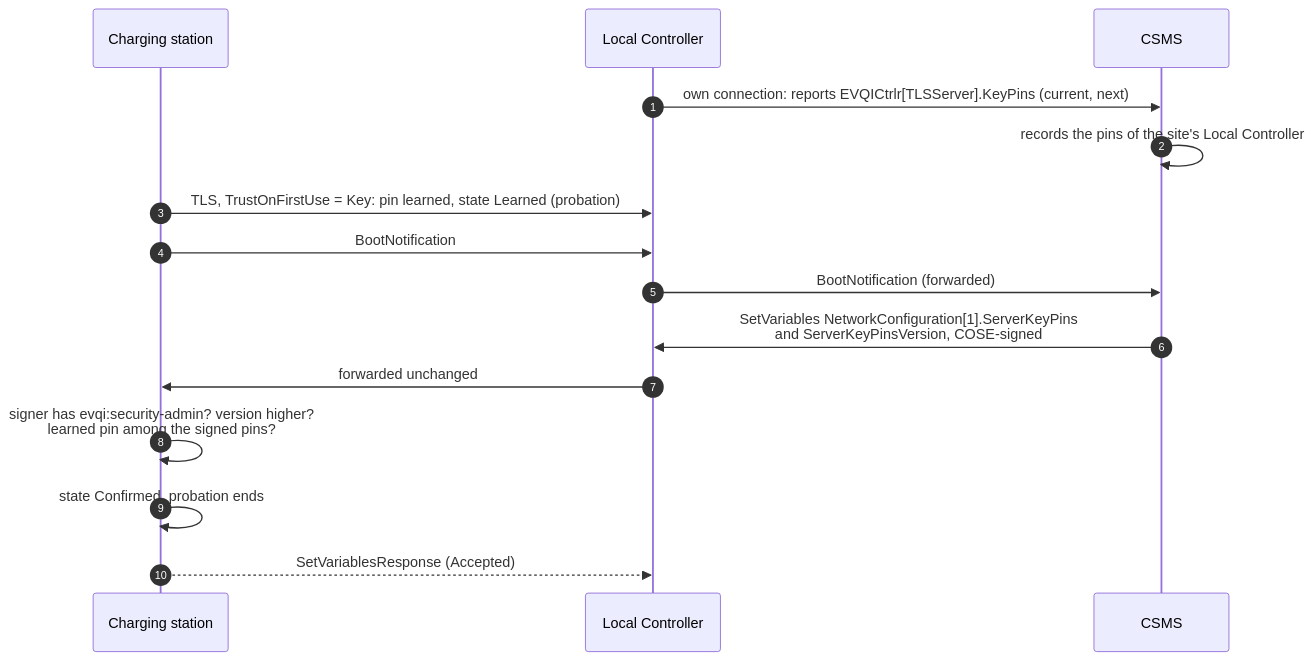
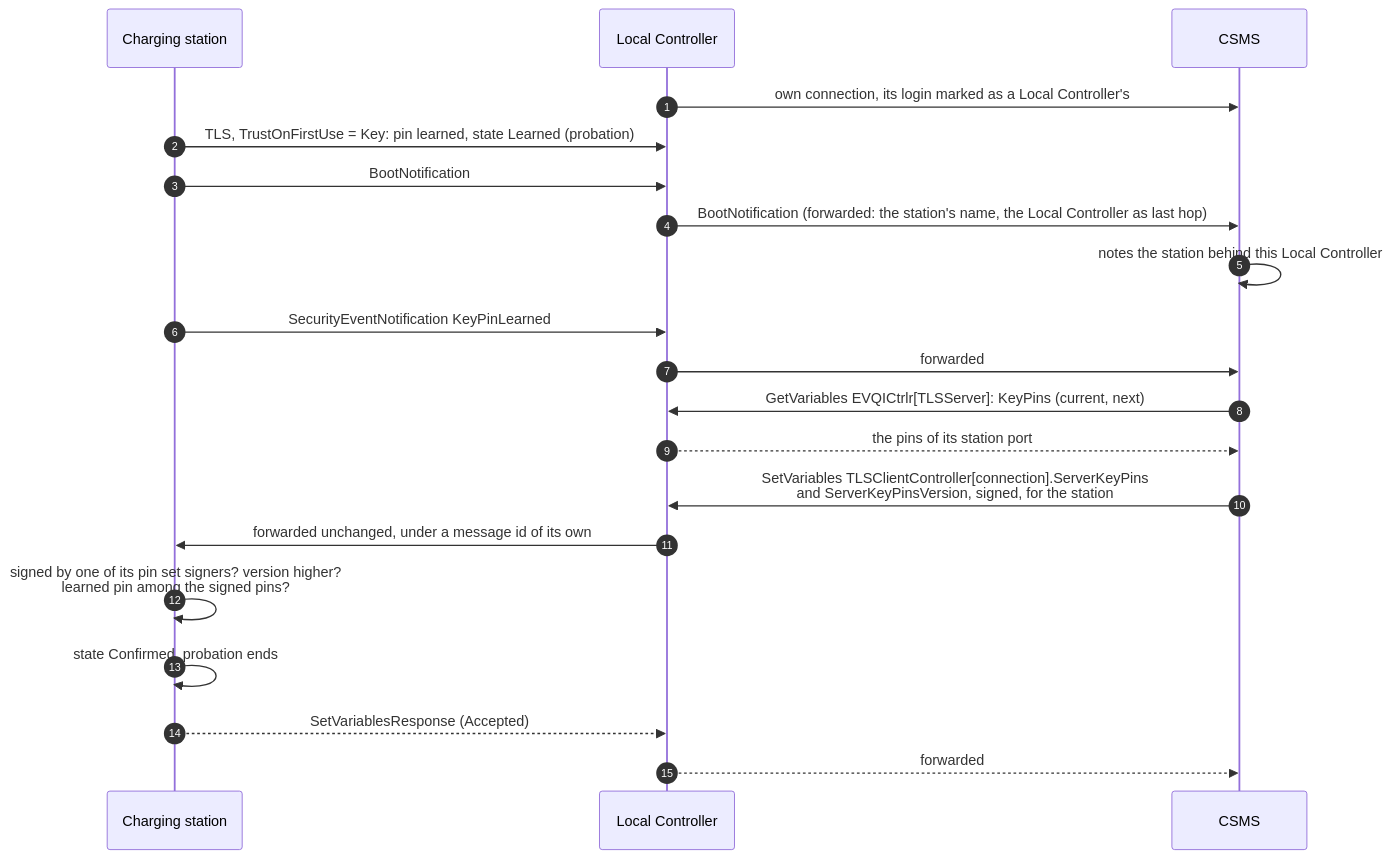
The second of 2 diagrams in EVQITransport/RawPublicKeys.md (OpenChargingTechnology/Whitepapers), drawn with Mermaid before and after one commit. The commit also changed other lines of this file and 1 other file, not shown here.

First line of the commit message:
Key pins: the diagram of 5.7 as built, the close fixed in Hermod 3ec1d3ae, and who a frame speaks for over SSH

````diff
--- a/EVQITransport/RawPublicKeys.md
+++ b/EVQITransport/RawPublicKeys.md
@@ -539,18 +539,23 @@
 ```mermaid
 sequenceDiagram
     autonumber
     participant CS as Charging station
     participant LC as Local Controller
     participant CSMS as CSMS
 
-    LC->>CSMS: own connection: reports EVQICtrlr[TLSServer].KeyPins (current, next)
-    CSMS->>CSMS: records the pins of the site's Local Controller
+    LC->>CSMS: own connection, its login marked as a Local Controller's
     CS->>LC: TLS, TrustOnFirstUse = Key: pin learned, state Learned (probation)
     CS->>LC: BootNotification
-    LC->>CSMS: BootNotification (forwarded)
-    CSMS->>LC: SetVariables NetworkConfiguration[1].ServerKeyPins<br/>and ServerKeyPinsVersion, COSE-signed
-    LC->>CS: forwarded unchanged
-    CS->>CS: signer has evqi:security-admin? version higher?<br/>learned pin among the signed pins?
+    LC->>CSMS: BootNotification (forwarded: the station's name, the Local Controller as last hop)
+    CSMS->>CSMS: notes the station behind this Local Controller
+    CS->>LC: SecurityEventNotification KeyPinLearned
+    LC->>CSMS: forwarded
+    CSMS->>LC: GetVariables EVQICtrlr[TLSServer]: KeyPins (current, next)
+    LC-->>CSMS: the pins of its station port
+    CSMS->>LC: SetVariables TLSClientController[connection].ServerKeyPins<br/>and ServerKeyPinsVersion, signed, for the station
+    LC->>CS: forwarded unchanged, under a message id of its own
+    CS->>CS: signed by one of its pin set signers? version higher?<br/>learned pin among the signed pins?
     CS->>CS: state Confirmed, probation ends
     CS-->>LC: SetVariablesResponse (Accepted)
+    LC-->>CSMS: forwarded
 ```
````
